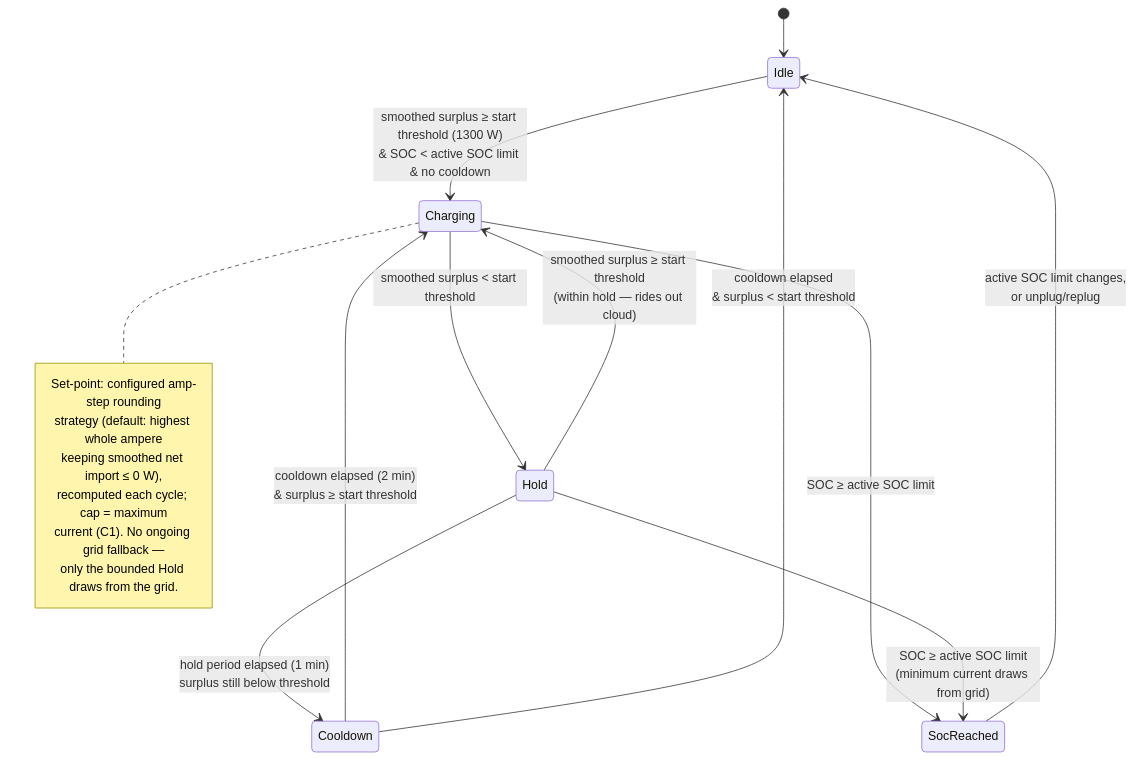
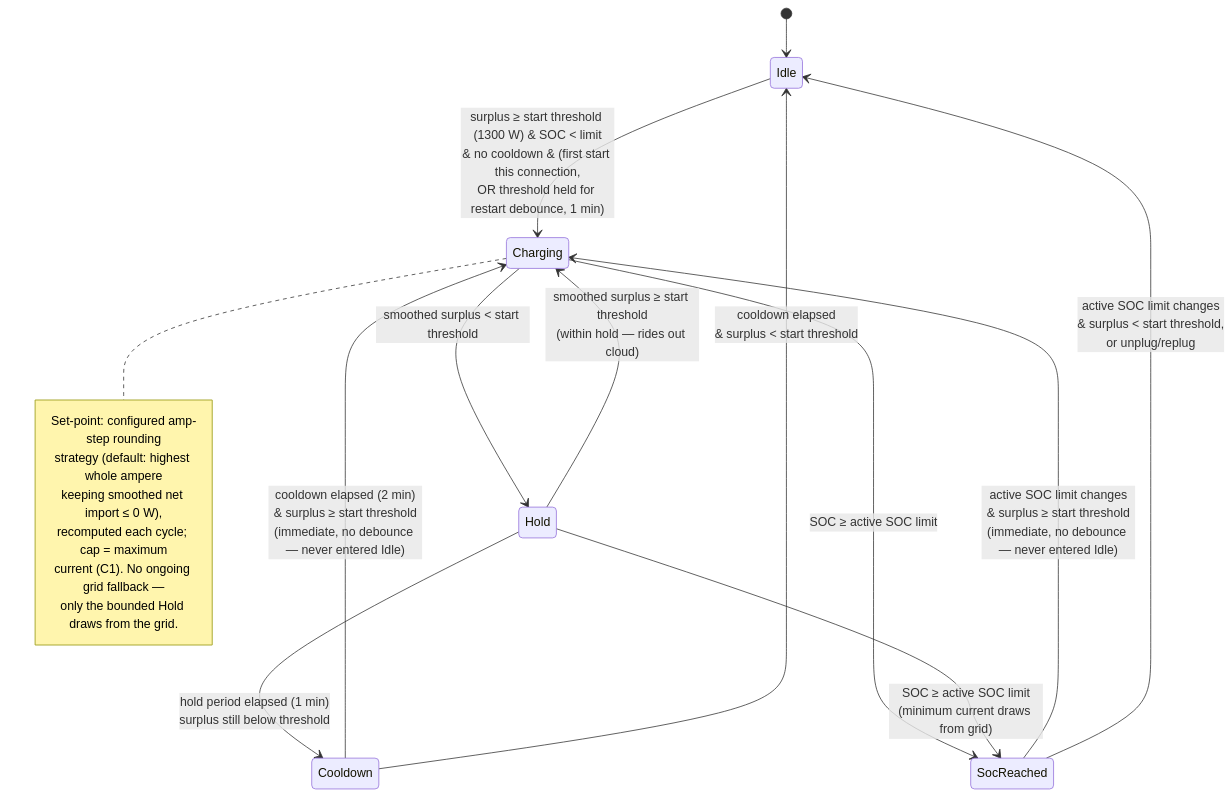
Before and after one commit to kristofdegrave/homeassistant-smart-charging: the diagram in docs/analysis/use-cases/UC02-charge-from-solar-only.md, drawn with Mermaid. The commit also changed other lines of this file and 9 other files, not shown here.

First line of the commit message:
docs: add a restart debounce to the solar modes' start condition (#756)

````diff
--- a/docs/analysis/use-cases/UC02-charge-from-solar-only.md
+++ b/docs/analysis/use-cases/UC02-charge-from-solar-only.md
@@ -117,21 +137,22 @@
 ```mermaid
 stateDiagram-v2
     [*] --> Idle
-    Idle --> Charging: smoothed surplus ≥ start threshold (1300 W)<br/>& SOC < active SOC limit & no cooldown
+    Idle --> Charging: surplus ≥ start threshold (1300 W) & SOC < limit<br/>& no cooldown & (first start this connection,<br/>OR threshold held for restart debounce, 1 min)
     Charging --> Hold: smoothed surplus < start threshold
     Hold --> Charging: smoothed surplus ≥ start threshold<br/>(within hold — rides out cloud)
     Hold --> Cooldown: hold period elapsed (1 min)<br/>surplus still below threshold
     Charging --> SocReached: SOC ≥ active SOC limit
     Hold --> SocReached: SOC ≥ active SOC limit<br/>(minimum current draws from grid)
-    Cooldown --> Charging: cooldown elapsed (2 min)<br/>& surplus ≥ start threshold
+    Cooldown --> Charging: cooldown elapsed (2 min)<br/>& surplus ≥ start threshold<br/>(immediate, no debounce — never entered Idle)
     Cooldown --> Idle: cooldown elapsed<br/>& surplus < start threshold
-    SocReached --> Idle: active SOC limit changes,<br/>or unplug/replug
+    SocReached --> Charging: active SOC limit changes<br/>& surplus ≥ start threshold<br/>(immediate, no debounce — never entered Idle)
+    SocReached --> Idle: active SOC limit changes<br/>& surplus < start threshold,<br/>or unplug/replug
     note right of Charging
         Set-point: configured amp-step rounding
         strategy (default: highest whole ampere
         keeping smoothed net import ≤ 0 W),
         recomputed each cycle; cap = maximum
         current (C1). No ongoing grid fallback —
         only the bounded Hold draws from the grid.
     end note
 ```
````
